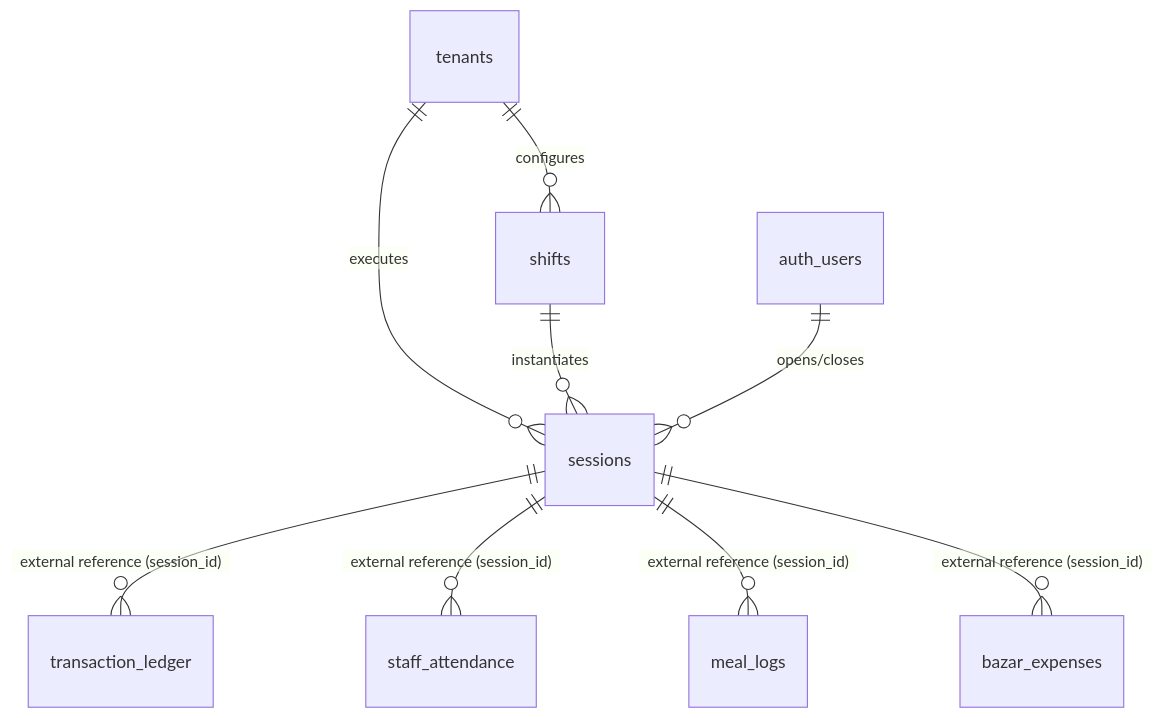
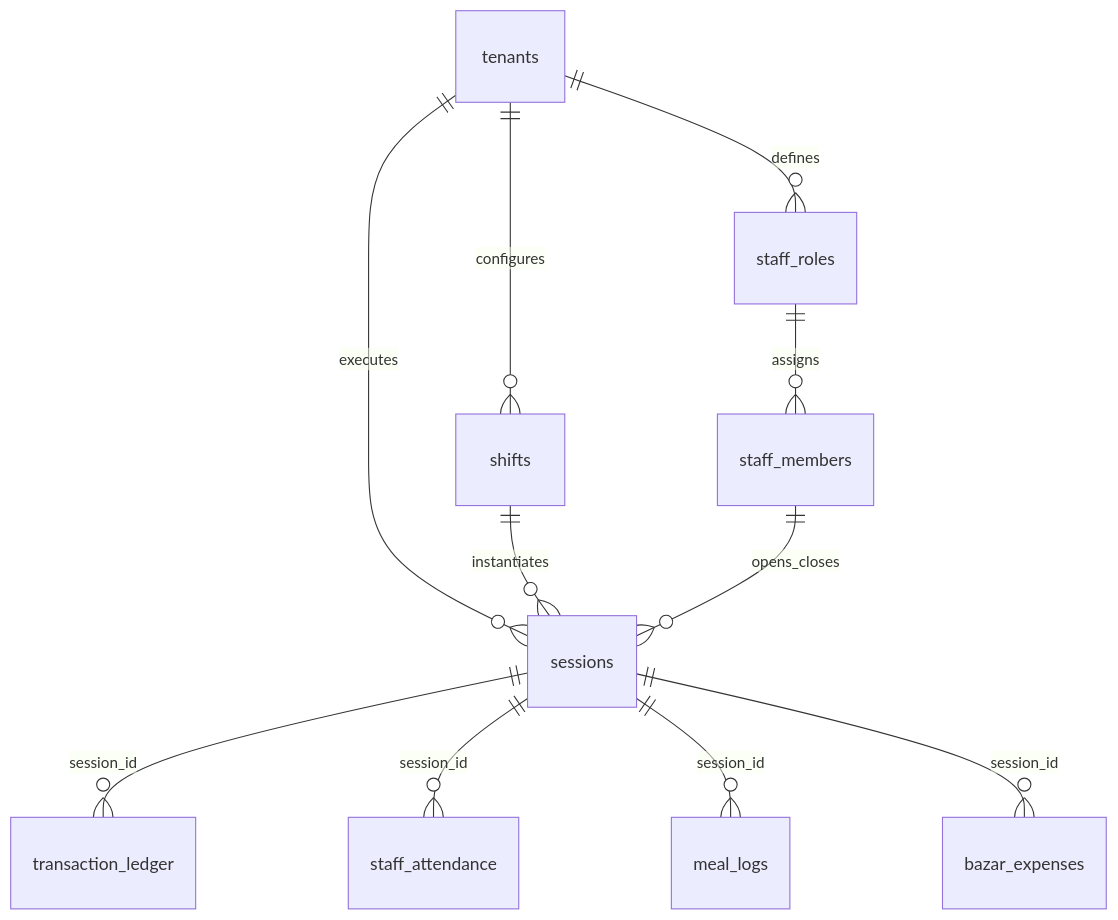
One commit to marceldavidbaroi/Smart-Hisab changed the second of 3 diagrams in docs/operational_shifts_sessions.md. Above: the diagram before and after it, drawn with Mermaid. The commit also changed other lines of this file and 64 other files, not shown here.

````diff
--- a/docs/operational_shifts_sessions.md
+++ b/docs/operational_shifts_sessions.md
@@ -53,12 +149,14 @@
 ```mermaid
 erDiagram
-    tenants ||--o{ shifts : "configures"
-    tenants ||--o{ sessions : "executes"
-    shifts ||--o{ sessions : "instantiates"
-    auth_users ||--o{ sessions : "opens/closes"
+    tenants ||--o{ shifts : configures
+    tenants ||--o{ sessions : executes
+    tenants ||--o{ staff_roles : defines
+    shifts ||--o{ sessions : instantiates
+    staff_roles ||--o{ staff_members : assigns
+    staff_members ||--o{ sessions : opens_closes
 
-    sessions ||--o{ transaction_ledger : "external reference (session_id)"
-    sessions ||--o{ staff_attendance : "external reference (session_id)"
-    sessions ||--o{ meal_logs : "external reference (session_id)"
-    sessions ||--o{ bazar_expenses : "external reference (session_id)"
+    sessions ||--o{ transaction_ledger : session_id
+    sessions ||--o{ staff_attendance : session_id
+    sessions ||--o{ meal_logs : session_id
+    sessions ||--o{ bazar_expenses : session_id
 ```
````
